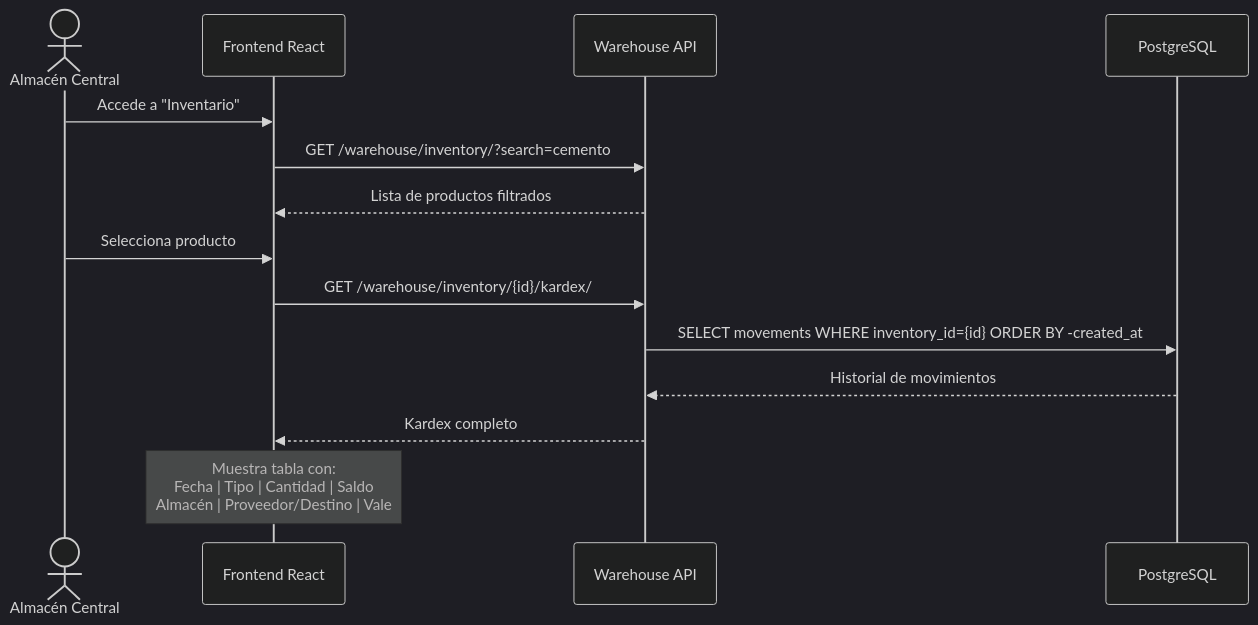
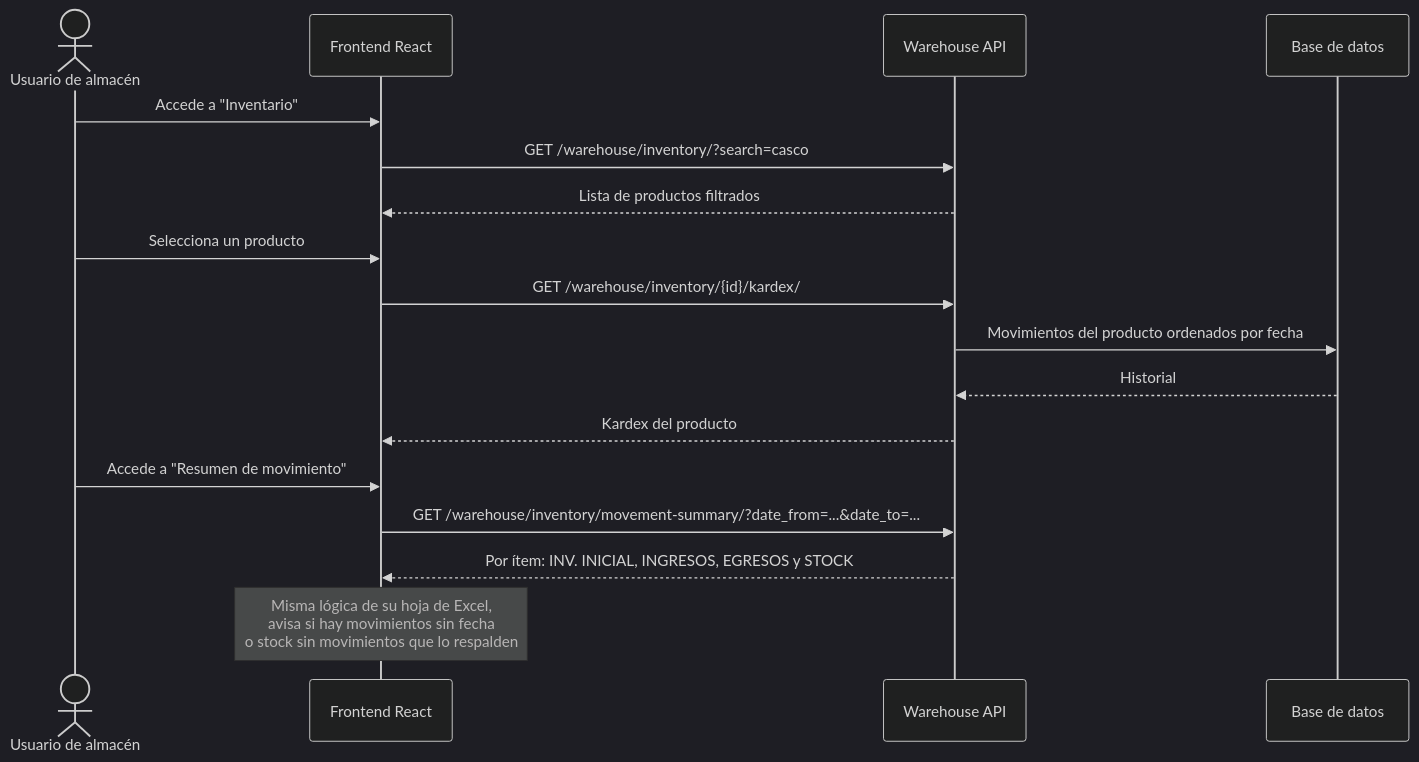
Diagram 15 of 25 in docs/01_Casos_de_Uso.md (pccpegit/SYSPCCLOG), drawn with Mermaid (dark theme) before and after one commit. The commit also changed other lines of this file and 42 other files, not shown here.

````diff
--- a/docs/01_Casos_de_Uso.md
+++ b/docs/01_Casos_de_Uso.md
@@ -660,19 +843,22 @@
 ```mermaid
 sequenceDiagram
-    actor CW as Almacén Central
+    actor CW as Usuario de almacén
     participant UI as Frontend React
     participant API as Warehouse API
-    participant DB as PostgreSQL
+    participant DB as Base de datos
 
     CW->>UI: Accede a "Inventario"
-    UI->>API: GET /warehouse/inventory/?search=cemento
+    UI->>API: GET /warehouse/inventory/?search=casco
     API-->>UI: Lista de productos filtrados
-    CW->>UI: Selecciona producto
+    CW->>UI: Selecciona un producto
 
     UI->>API: GET /warehouse/inventory/{id}/kardex/
-    API->>DB: SELECT movements WHERE inventory_id={id} ORDER BY -created_at
-    DB-->>API: Historial de movimientos
-    API-->>UI: Kardex completo
+    API->>DB: Movimientos del producto ordenados por fecha
+    DB-->>API: Historial
+    API-->>UI: Kardex del producto
 
-    Note over UI: Muestra tabla con:<br/>Fecha | Tipo | Cantidad | Saldo<br/>Almacén | Proveedor/Destino | Vale
+    CW->>UI: Accede a "Resumen de movimiento"
+    UI->>API: GET /warehouse/inventory/movement-summary/?date_from=...&date_to=...
+    API-->>UI: Por ítem: INV. INICIAL, INGRESOS, EGRESOS y STOCK
+    Note over UI: Misma lógica de su hoja de Excel,<br/>avisa si hay movimientos sin fecha<br/>o stock sin movimientos que lo respalden
 ```
````
